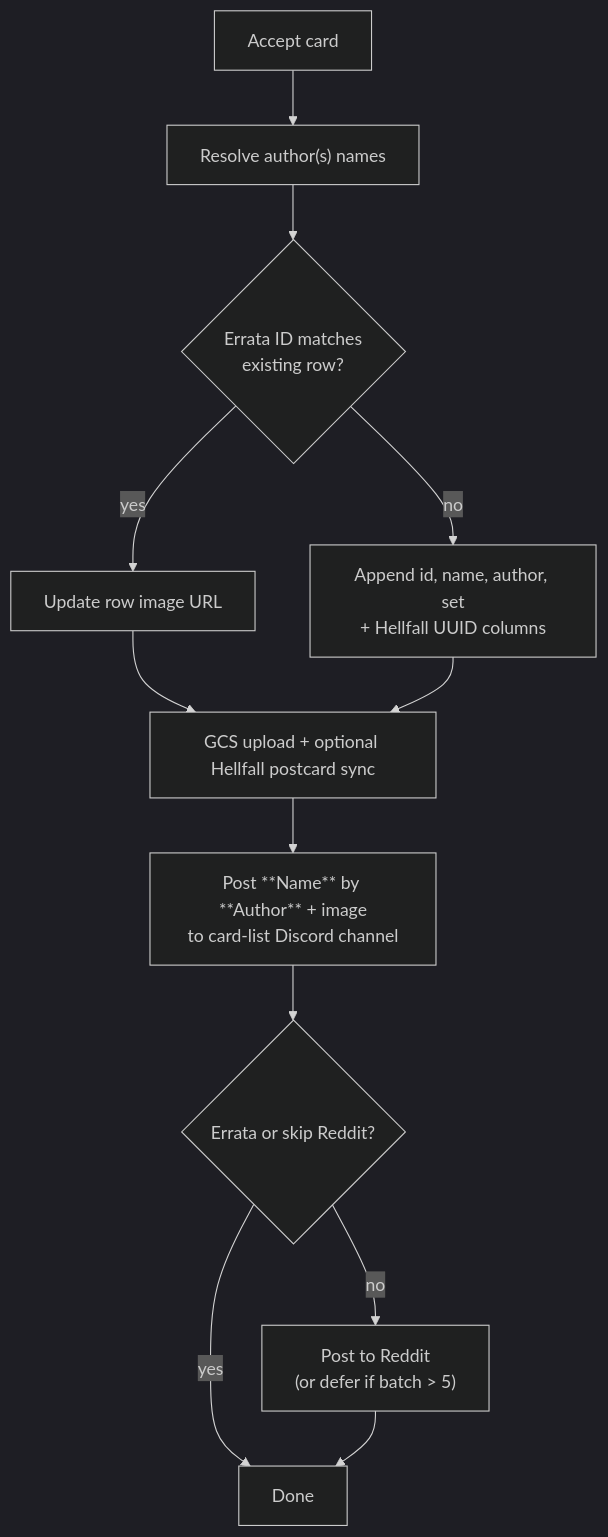
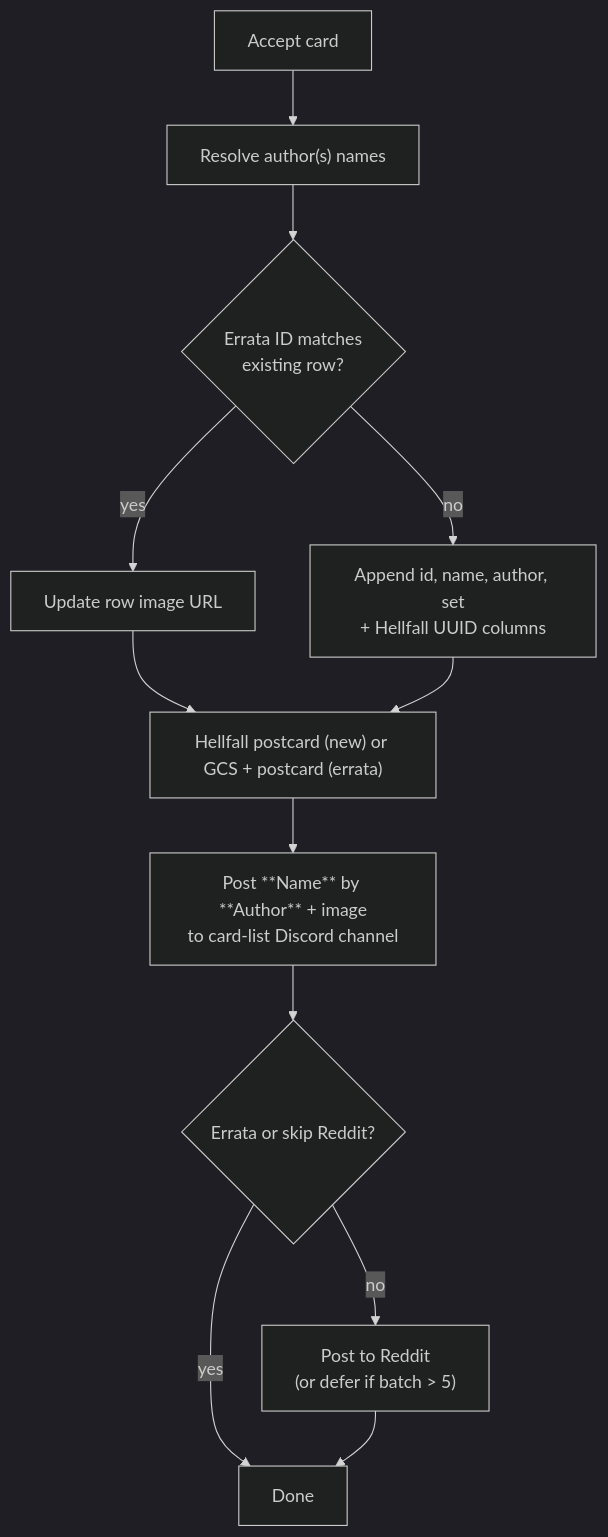
One commit to bones-bones/mork changed the first of 2 diagrams in docs/card-flows/acceptance.md. Above: the diagram before and after it, drawn with Mermaid (dark theme). The commit also changed other lines of this file and 2 other files, not shown here.

Commit message:
more postcard stuff

````diff
--- a/docs/card-flows/acceptance.md
+++ b/docs/card-flows/acceptance.md
@@ -9,16 +9,16 @@
 ```mermaid
 flowchart TD
   IN["Accept card"] --> RES["Resolve author(s) names"]
   RES --> ROW{"Errata ID matches<br/>existing row?"}
   ROW -->|yes| UPD["Update row image URL"]
   ROW -->|no| NEW["Append id, name, author, set<br/>+ Hellfall UUID columns"]
 
   UPD --> IMG
   NEW --> IMG
-  IMG["GCS upload + optional Hellfall postcard sync"]
+  IMG["Hellfall postcard (new) or GCS + postcard (errata)"]
   IMG --> CL["Post **Name** by **Author** + image<br/>to card-list Discord channel"]
   CL --> RD{"Errata or skip Reddit?"}
   RD -->|no| POST["Post to Reddit<br/>(or defer if batch > 5)"]
   RD -->|yes| DONE["Done"]
   POST --> DONE
 ```
````
